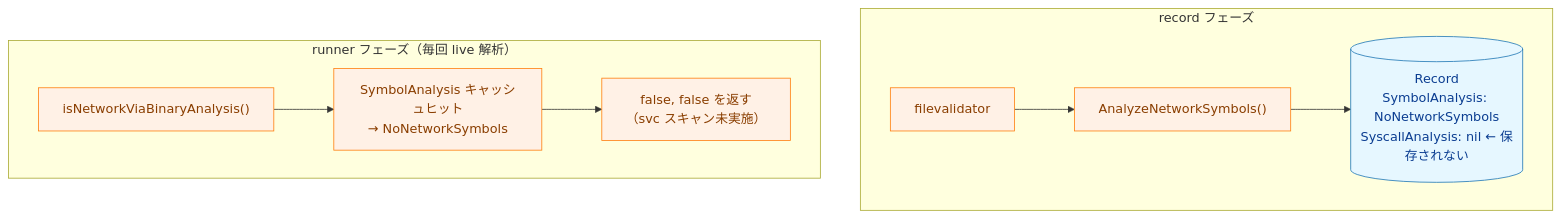
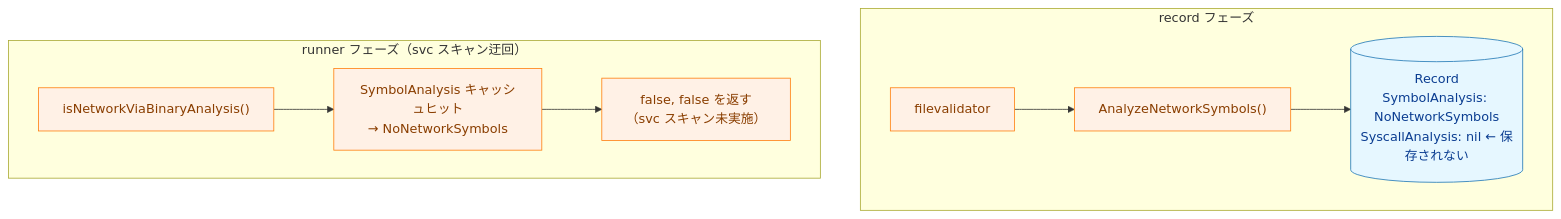
Before and after one commit to isseis/go-safe-cmd-runner: the third of 8 diagrams in docs/tasks/0097_macho_arm64_syscall_analysis/02_architecture.md, drawn with Mermaid. The commit also changed other lines of this file and 3 other files, not shown here.

````diff
--- a/docs/tasks/0097_macho_arm64_syscall_analysis/02_architecture.md
+++ b/docs/tasks/0097_macho_arm64_syscall_analysis/02_architecture.md
@@ -90,23 +90,23 @@
 ```mermaid
 flowchart TB
     classDef data fill:#e6f7ff,stroke:#1f77b4,stroke-width:1px,color:#0b3d91;
     classDef process fill:#fff1e6,stroke:#ff7f0e,stroke-width:1px,color:#8a3e00;
 
     subgraph RecordPhase["record フェーズ"]
         FV1["filevalidator"]
         BA1["AnalyzeNetworkSymbols()"]
         STORE1[("Record<br>SymbolAnalysis: NoNetworkSymbols<br>SyscallAnalysis: nil ← 保存されない")]
     end
 
-    subgraph RunnerPhase["runner フェーズ（毎回 live 解析）"]
+    subgraph RunnerPhase["runner フェーズ（svc スキャン迂回）"]
         NA1["isNetworkViaBinaryAnalysis()"]
         SYMHIT["SymbolAnalysis キャッシュヒット<br>→ NoNetworkSymbols"]
         RETURN1["false, false を返す<br>（svc スキャン未実施）"]
     end
 
     FV1 --> BA1 --> STORE1
     NA1 --> SYMHIT --> RETURN1
 
     class STORE1 data;
     class FV1,BA1,NA1,SYMHIT,RETURN1 process;
 ```
````
